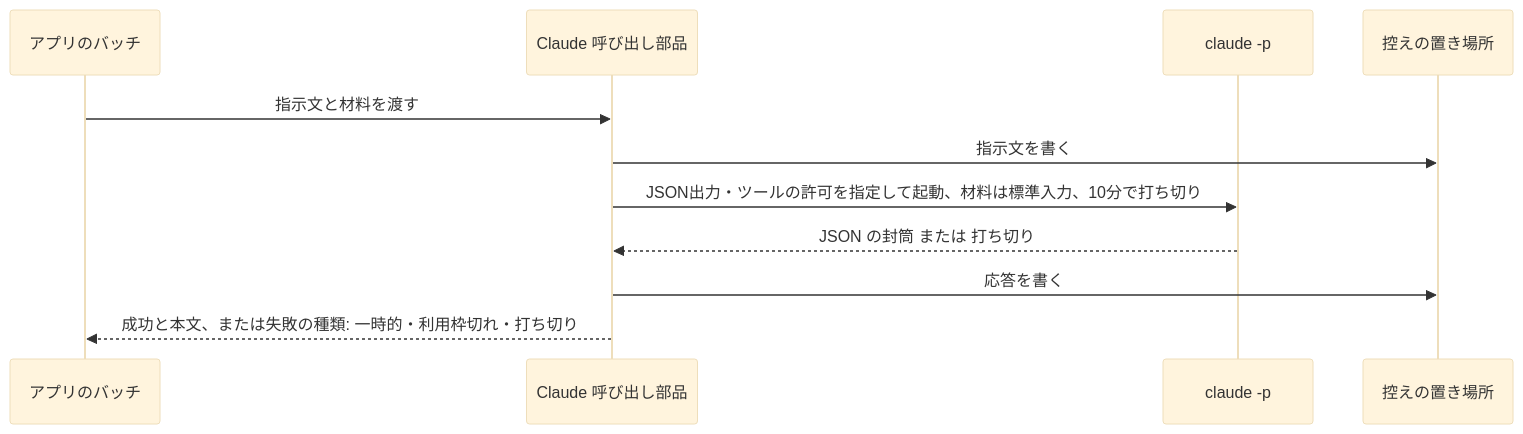
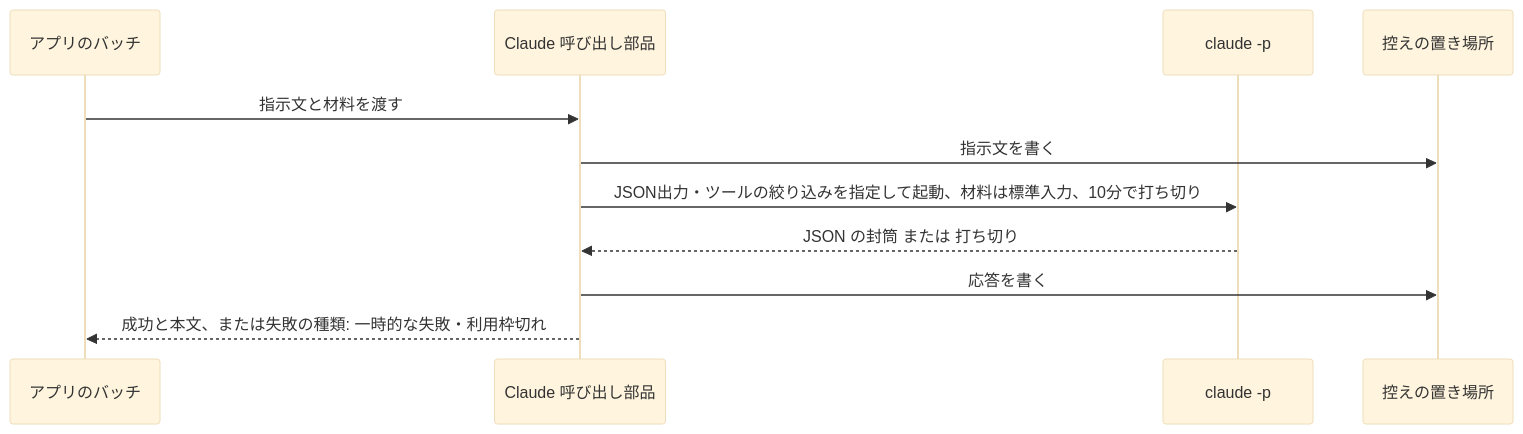
One commit to dnode-ryosuke-yamazaki/study changed the fourth of 6 diagrams in apps/digest-platform/specs/batch-runner/design.md. Above: the diagram before and after it, drawn with Mermaid (base theme). The commit also changed other lines of this file and 7 other files, not shown here.

````diff
--- a/apps/digest-platform/specs/batch-runner/design.md
+++ b/apps/digest-platform/specs/batch-runner/design.md
@@ -155,13 +162,13 @@
 ```mermaid
 sequenceDiagram
     participant B as アプリのバッチ
     participant C as Claude 呼び出し部品
     participant K as claude -p
     participant I as 控えの置き場所
     B->>C: 指示文と材料を渡す
     C->>I: 指示文を書く
-    C->>K: JSON出力・ツールの許可を指定して起動、材料は標準入力、10分で打ち切り
+    C->>K: JSON出力・ツールの絞り込みを指定して起動、材料は標準入力、10分で打ち切り
     K-->>C: JSON の封筒 または 打ち切り
     C->>I: 応答を書く
-    C-->>B: 成功と本文、または失敗の種類: 一時的・利用枠切れ・打ち切り
+    C-->>B: 成功と本文、または失敗の種類: 一時的な失敗・利用枠切れ
 ```
````
